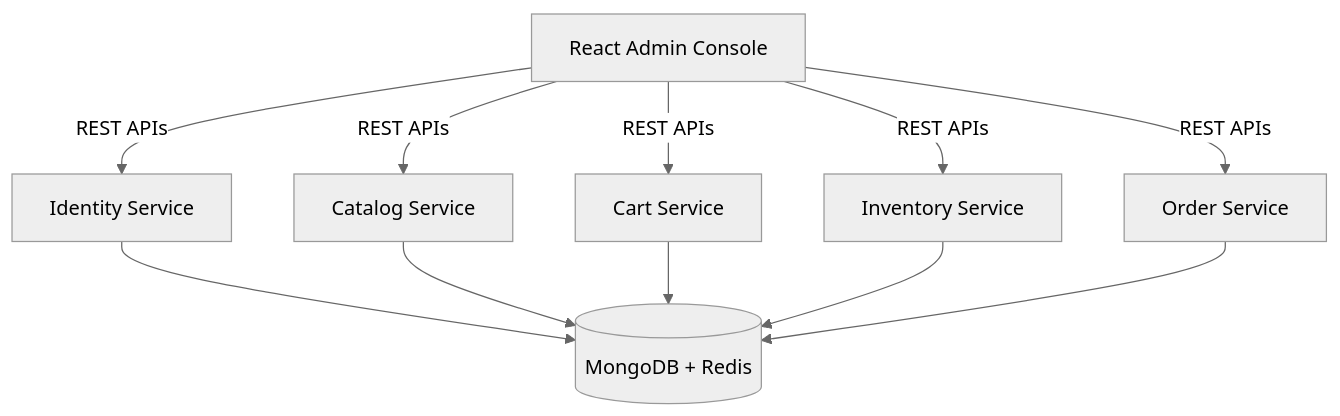
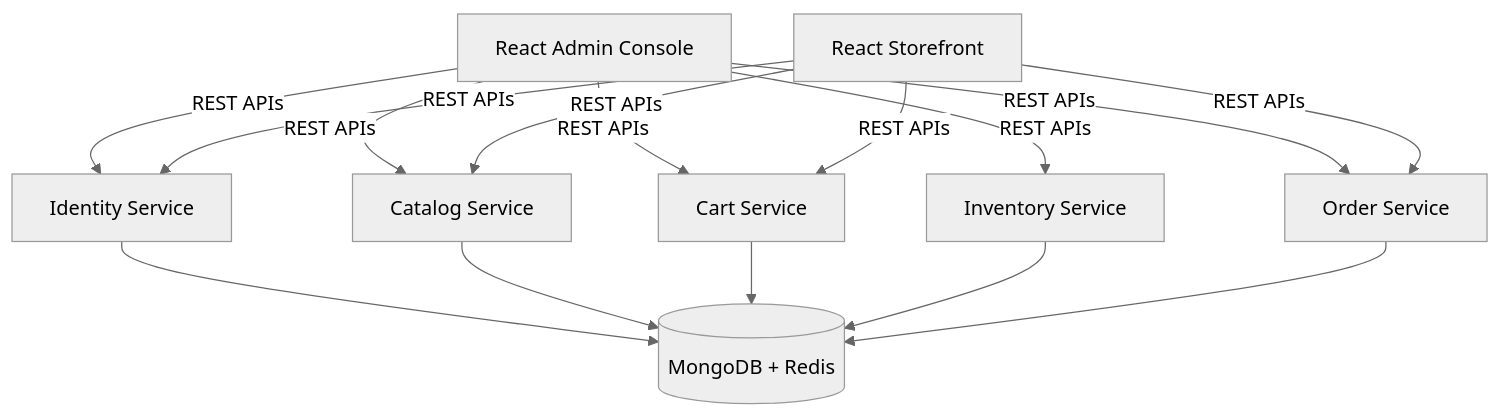
One commit to abhishekghoshh/spring-boot-helper changed the diagram in projects-v2/commerce-sphere/AGENT.md. Above: the diagram before and after it, drawn with Mermaid (neutral theme). The commit also changed other lines of this file and 1222 other files, not shown here.

````diff
--- a/projects-v2/commerce-sphere/AGENT.md
+++ b/projects-v2/commerce-sphere/AGENT.md
@@ -153,14 +186,19 @@
 ```mermaid
 flowchart TD
-    UI[React Admin Console] -->|REST APIs| Identity[Identity Service]
-    UI -->|REST APIs| Catalog[Catalog Service]
-    UI -->|REST APIs| Cart[Cart Service]
-    UI -->|REST APIs| Inventory[Inventory Service]
-    UI -->|REST APIs| Order[Order Service]
+    AdminUI[React Admin Console] -->|REST APIs| Identity[Identity Service]
+    AdminUI -->|REST APIs| Catalog[Catalog Service]
+    AdminUI -->|REST APIs| Cart[Cart Service]
+    AdminUI -->|REST APIs| Inventory[Inventory Service]
+    AdminUI -->|REST APIs| Order[Order Service]
+
+    StorefrontUI[React Storefront] -->|REST APIs| Identity
+    StorefrontUI -->|REST APIs| Catalog
+    StorefrontUI -->|REST APIs| Cart
+    StorefrontUI -->|REST APIs| Order
 
     Identity --> DataStores[(MongoDB + Redis)]
     Catalog --> DataStores
     Cart --> DataStores
     Inventory --> DataStores
     Order --> DataStores
 ```
````
